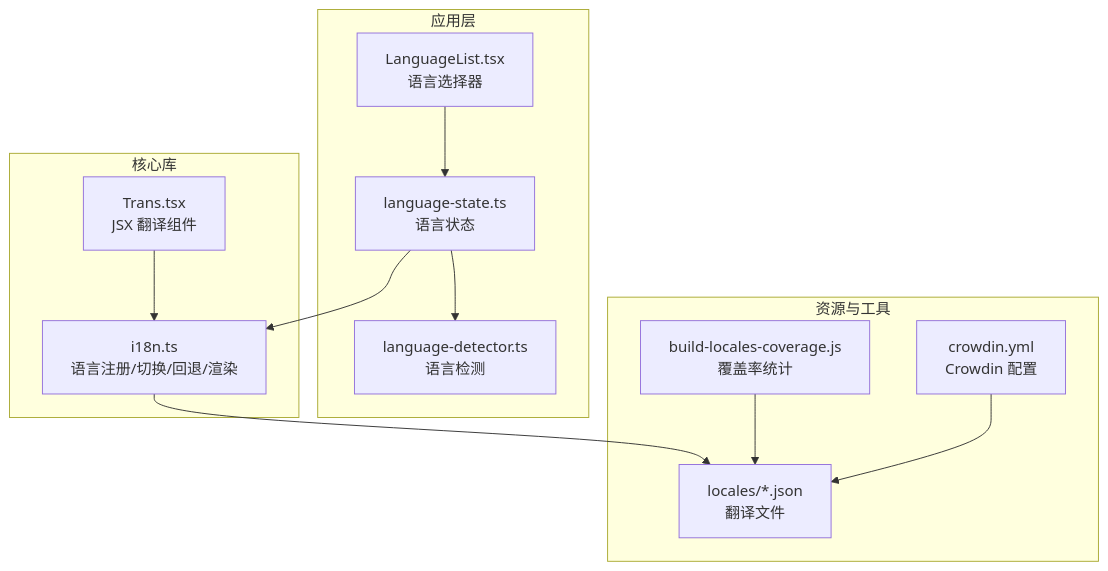
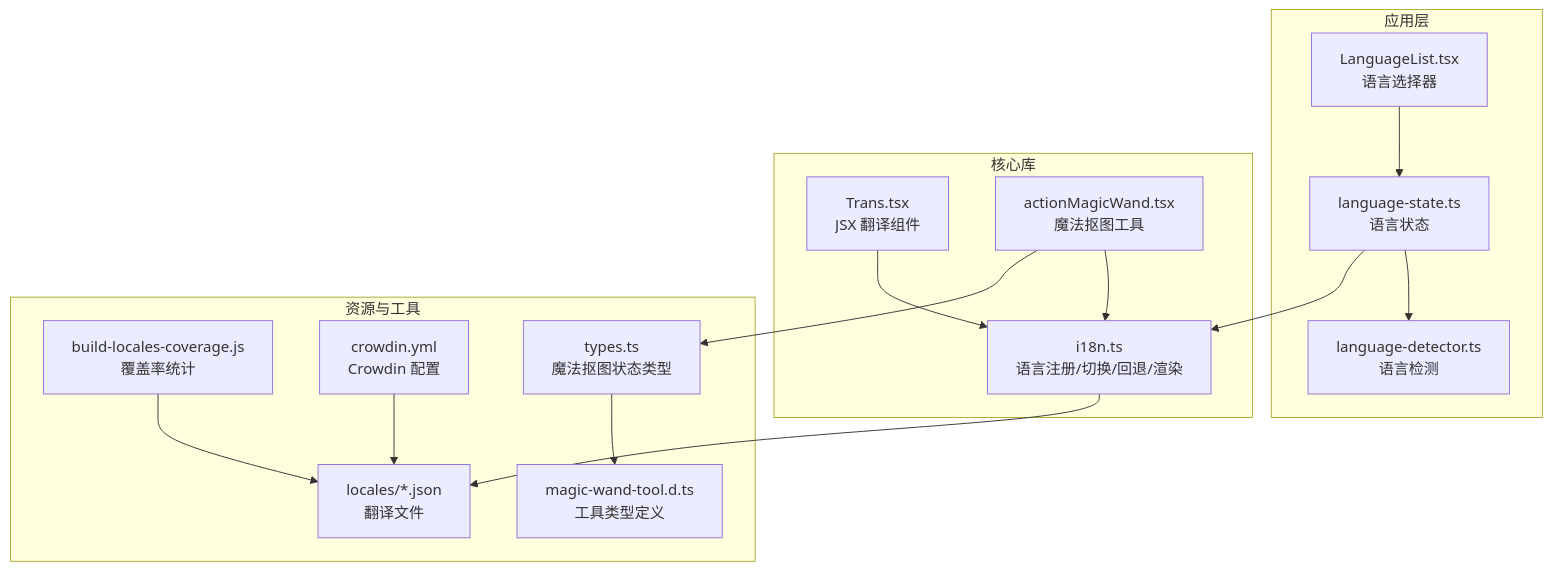
One commit to Az-qianchen/Excalidraw changed the first of 8 diagrams in .qoder/repowiki/zh/content/国际化支持.md. Above: the diagram before and after it, drawn with Mermaid. The commit also changed other lines of this file and 60 other files, not shown here.

````diff
--- a/.qoder/repowiki/zh/content/国际化支持.md
+++ b/.qoder/repowiki/zh/content/国际化支持.md
@@ -42,24 +52,30 @@
 ```mermaid
 graph TB
 subgraph "应用层"
 LL["LanguageList.tsx<br/>语言选择器"]
 LD["language-detector.ts<br/>语言检测"]
 LS["language-state.ts<br/>语言状态"]
 end
 subgraph "核心库"
 I18N["i18n.ts<br/>语言注册/切换/回退/渲染"]
 TRANS["Trans.tsx<br/>JSX 翻译组件"]
+ACTION["actionMagicWand.tsx<br/>魔法抠图工具"]
 end
 subgraph "资源与工具"
 LOCALES["locales/*.json<br/>翻译文件"]
 COV["build-locales-coverage.js<br/>覆盖率统计"]
 CROWDIN["crowdin.yml<br/>Crowdin 配置"]
+TYPES["types.ts<br/>魔法抠图状态类型"]
+MWTOOL["magic-wand-tool.d.ts<br/>工具类型定义"]
 end
 LL --> LS
 LS --> LD
 LS --> I18N
 I18N --> LOCALES
 TRANS --> I18N
+ACTION --> I18N
+ACTION --> TYPES
+TYPES --> MWTOOL
 COV --> LOCALES
 CROWDIN --> LOCALES
 ```
````
